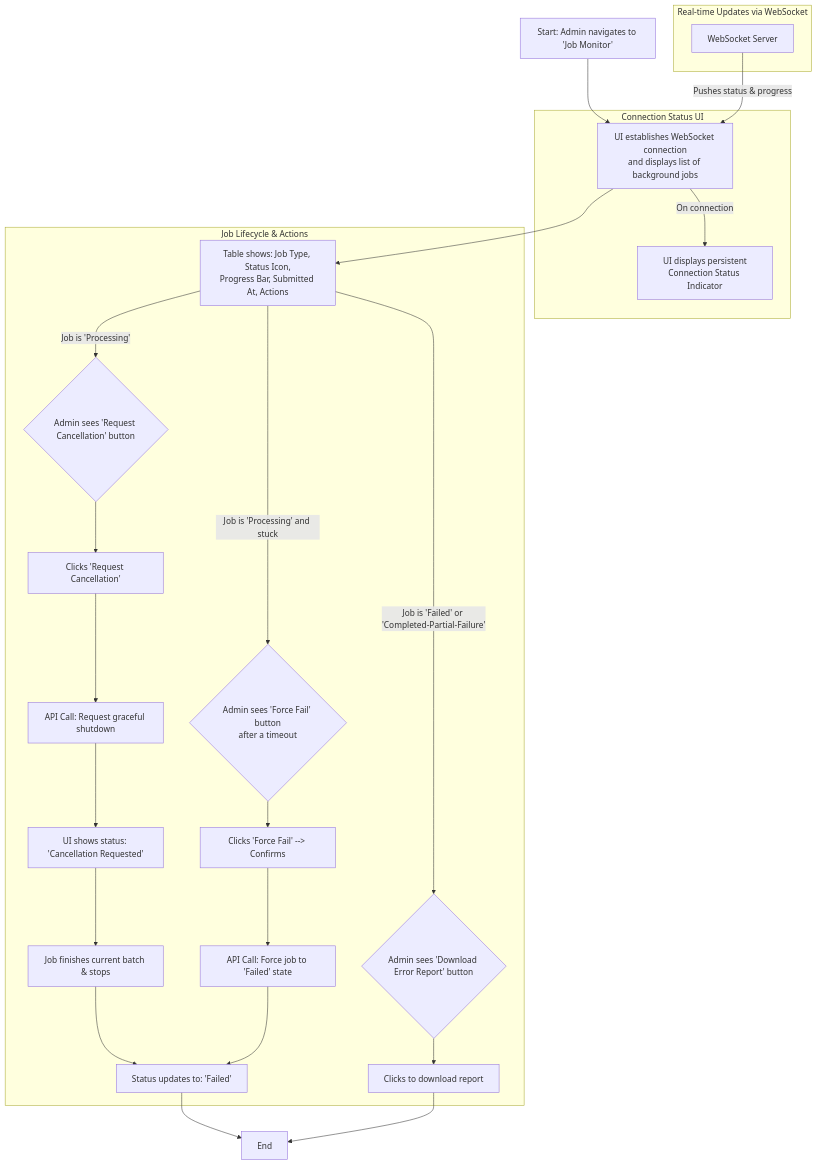
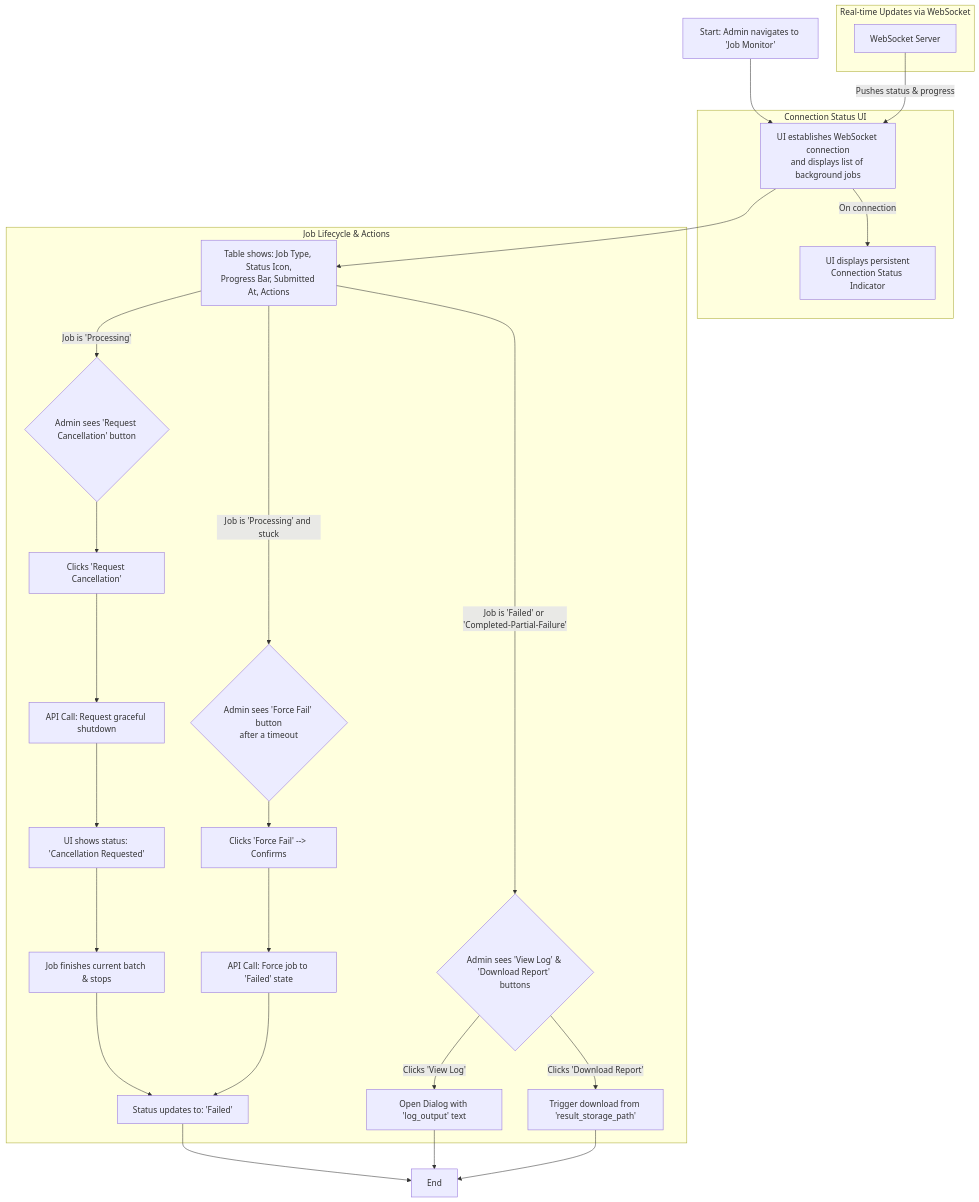
Diagram 15 of 19 in docs/front-end-spec.md (HunterKart/proficiency-faculty-evaluation), drawn with Mermaid before and after one commit. The commit also changed other lines of this file and 1 other file, not shown here.

````diff
--- a/docs/front-end-spec.md
+++ b/docs/front-end-spec.md
@@ -737,34 +739,36 @@
 ```mermaid
 flowchart TD
     A[Start: Admin navigates to 'Job Monitor'] --> B["UI establishes WebSocket connection<br/>and displays list of background jobs"];
     B --> C["Table shows: Job Type, Status Icon,<br/>Progress Bar, Submitted At, Actions"];
 
     subgraph "Connection Status UI"
         Conn_Indicator["UI displays persistent<br/>Connection Status Indicator"];
         B -- "On connection" --> Conn_Indicator;
     end
 
     subgraph "Real-time Updates via WebSocket"
         WebSocket["WebSocket Server"] -- "Pushes status & progress" --> B;
     end
 
     subgraph "Job Lifecycle & Actions"
         C -- "Job is 'Processing'" --> D{Admin sees 'Request Cancellation' button};
         D --> E[Clicks 'Request Cancellation'];
         E --> F[API Call: Request graceful shutdown];
         F --> G["UI shows status: 'Cancellation Requested'"];
         G --> H["Job finishes current batch & stops"];
         H --> I["Status updates to: 'Failed'"];
 
-        C -- "Job is 'Failed' or 'Completed-Partial-Failure'" --> J{Admin sees 'Download Error Report' button};
-        J --> K[Clicks to download report];
+        C -- "Job is 'Failed' or 'Completed-Partial-Failure'" --> J{Admin sees 'View Log' & 'Download Report' buttons};
+        J -- "Clicks 'View Log'" --> J_Log[Open Dialog with 'log_output' text];
+        J -- "Clicks 'Download Report'" --> K[Trigger download from 'result_storage_path'];
 
         C -- "Job is 'Processing' and stuck" --> L{Admin sees 'Force Fail' button<br/>after a timeout};
         L --> M[Clicks 'Force Fail' --> Confirms];
         M --> N[API Call: Force job to 'Failed' state];
         N --> I;
     end
 
     I --> Z[End];
+    J_Log --> Z;
     K --> Z;
 ```
````
